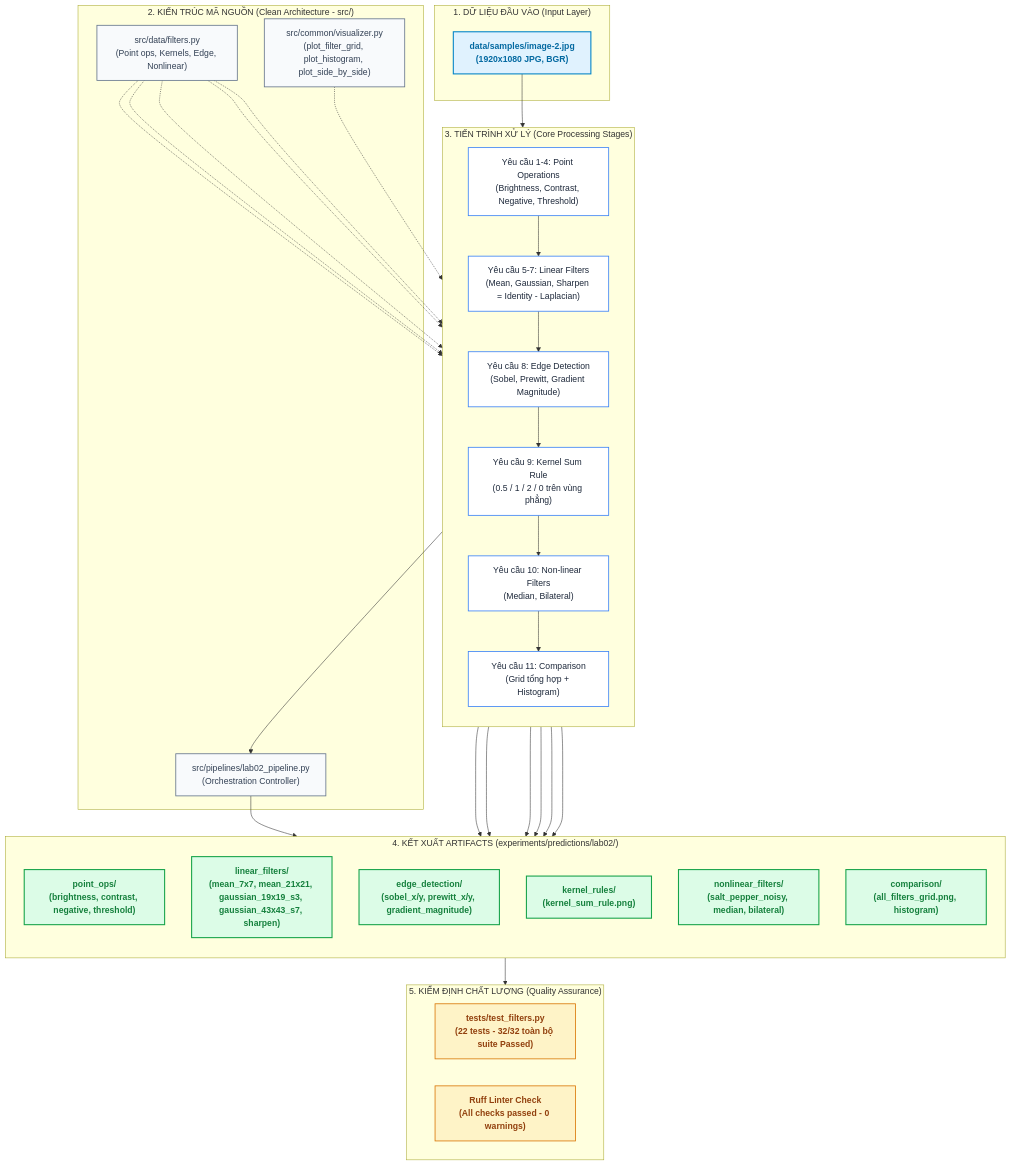
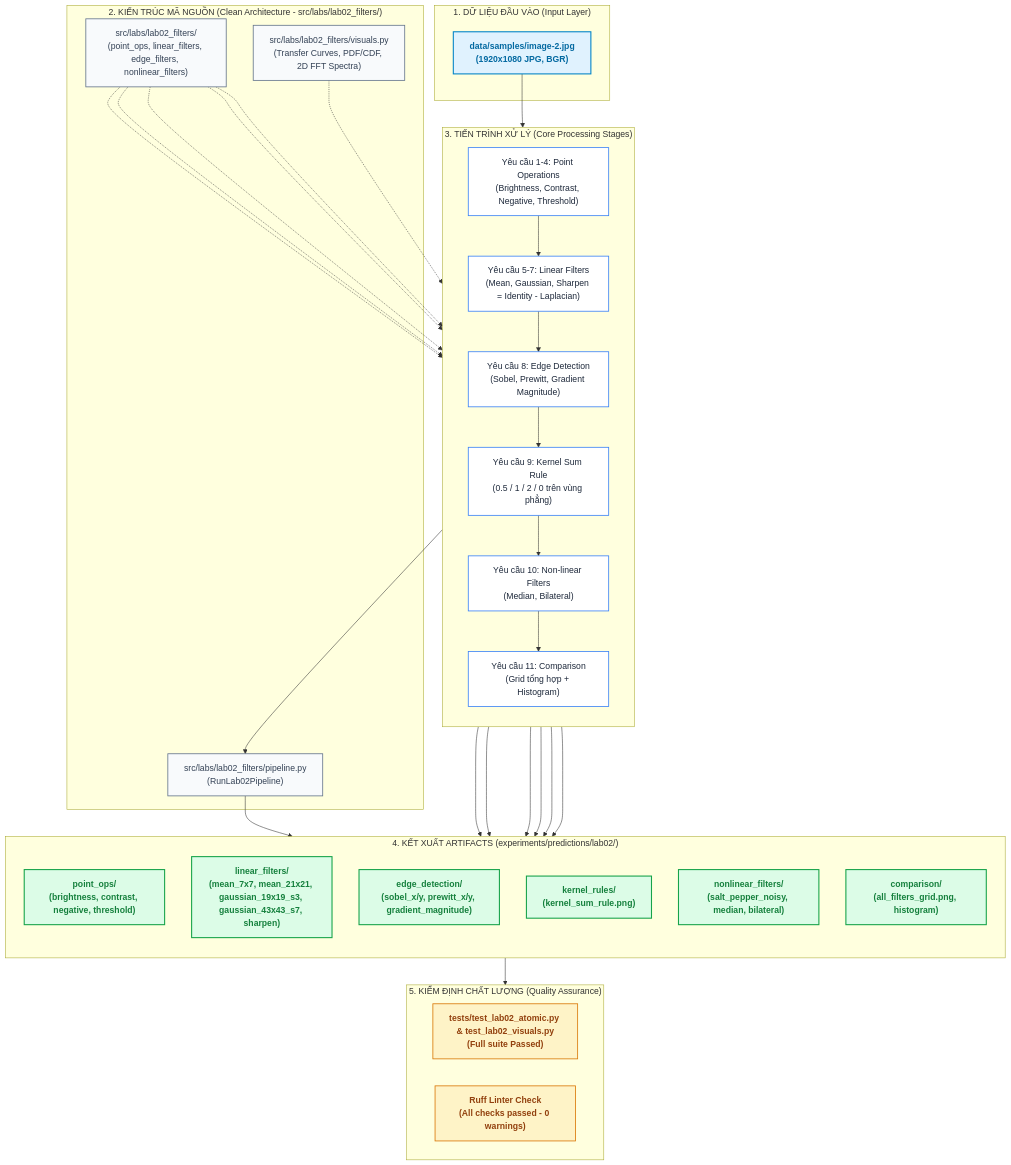
The diagram in docs/labs/lab02/LAB_02_REPORT.md (bush-le/uth-cv-labs), drawn with Mermaid before and after one commit. The commit also changed other lines of this file and 3 other files, not shown here.

Commit message:
refactor(lab02): streamline visuals, retain core 2D FFT spectra and synchronize docs

````diff
--- a/docs/labs/lab02/LAB_02_REPORT.md
+++ b/docs/labs/lab02/LAB_02_REPORT.md
@@ -35,68 +35,68 @@
 ```mermaid
 flowchart TD
     subgraph INPUT ["1. DỮ LIỆU ĐẦU VÀO (Input Layer)"]
         RAW["data/samples/image-2.jpg<br/>(1920x1080 JPG, BGR)"]
     end
 
-    subgraph ARCH ["2. KIẾN TRÚC MÃ NGUỒN (Clean Architecture - src/)"]
-        FILT["src/data/filters.py<br/>(Point ops, Kernels, Edge, Nonlinear)"]
-        VIS["src/common/visualizer.py<br/>(plot_filter_grid, plot_histogram, plot_side_by_side)"]
-        PIPE["src/pipelines/lab02_pipeline.py<br/>(Orchestration Controller)"]
+    subgraph ARCH ["2. KIẾN TRÚC MÃ NGUỒN (Clean Architecture - src/labs/lab02_filters/)"]
+        FILT["src/labs/lab02_filters/<br/>(point_ops, linear_filters, edge_filters, nonlinear_filters)"]
+        VIS["src/labs/lab02_filters/visuals.py<br/>(Transfer Curves, PDF/CDF, 2D FFT Spectra)"]
+        PIPE["src/labs/lab02_filters/pipeline.py<br/>(RunLab02Pipeline)"]
     end
 
     subgraph PIPELINE ["3. TIẾN TRÌNH XỬ LÝ (Core Processing Stages)"]
         direction TB
         S1["Yêu cầu 1-4: Point Operations<br/>(Brightness, Contrast, Negative, Threshold)"]
         S2["Yêu cầu 5-7: Linear Filters<br/>(Mean, Gaussian, Sharpen = Identity - Laplacian)"]
         S3["Yêu cầu 8: Edge Detection<br/>(Sobel, Prewitt, Gradient Magnitude)"]
         S4["Yêu cầu 9: Kernel Sum Rule<br/>(0.5 / 1 / 2 / 0 trên vùng phẳng)"]
         S5["Yêu cầu 10: Non-linear Filters<br/>(Median, Bilateral)"]
         S6["Yêu cầu 11: Comparison<br/>(Grid tổng hợp + Histogram)"]
     end
 
     subgraph OUTPUTS ["4. KẾT XUẤT ARTIFACTS (experiments/predictions/lab02/)"]
         direction TB
         ART_P["point_ops/<br/>(brightness, contrast, negative, threshold)"]
         ART_L["linear_filters/<br/>(mean_7x7, mean_21x21, gaussian_19x19_s3, gaussian_43x43_s7, sharpen)"]
         ART_E["edge_detection/<br/>(sobel_x/y, prewitt_x/y, gradient_magnitude)"]
         ART_K["kernel_rules/<br/>(kernel_sum_rule.png)"]
         ART_N["nonlinear_filters/<br/>(salt_pepper_noisy, median, bilateral)"]
         ART_C["comparison/<br/>(all_filters_grid.png, histogram)"]
     end
 
     subgraph QA ["5. KIỂM ĐỊNH CHẤT LƯỢNG (Quality Assurance)"]
-        TESTS["tests/test_filters.py<br/>(22 tests - 32/32 toàn bộ suite Passed)"]
+        TESTS["tests/test_lab02_atomic.py & test_lab02_visuals.py<br/>(Full suite Passed)"]
         LINT["Ruff Linter Check<br/>(All checks passed - 0 warnings)"]
     end
 
     RAW --> S1
     S1 --> S2
     S2 --> S3
     S3 --> S4
     S4 --> S5
     S5 --> S6
     S6 --> PIPE
 
     FILT -.-> S1 & S2 & S3 & S4 & S5
     VIS -.-> S6
     PIPE --> OUTPUTS
 
     S1 --> ART_P
     S2 --> ART_L
     S3 --> ART_E
     S4 --> ART_K
     S5 --> ART_N
     S6 --> ART_C
     OUTPUTS --> QA
 
     classDef default fill:#ffffff,stroke:#3b82f6,stroke-width:1.5px,color:#1e293b,font-family:sans-serif;
     classDef input fill:#e0f2fe,stroke:#0284c7,stroke-width:2px,color:#0369a1,font-weight:bold;
     classDef output fill:#dcfce7,stroke:#16a34a,stroke-width:2px,color:#15803d,font-weight:bold;
     classDef arch fill:#f8fafc,stroke:#64748b,stroke-width:1.5px,color:#334155;
     classDef qa fill:#fef3c7,stroke:#d97706,stroke-width:1.5px,color:#92400e,font-weight:bold;
 
     class RAW input;
     class ART_P,ART_L,ART_E,ART_K,ART_N,ART_C output;
     class FILT,VIS,PIPE arch;
     class TESTS,LINT qa;
 ```
````
